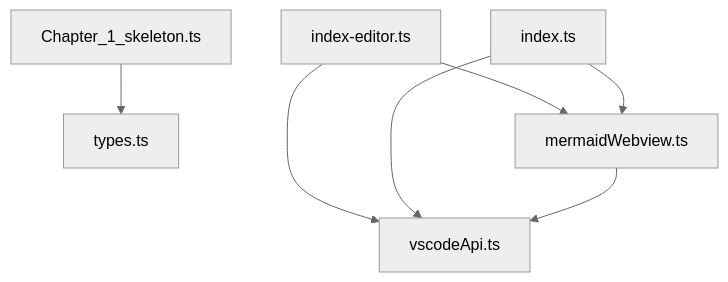
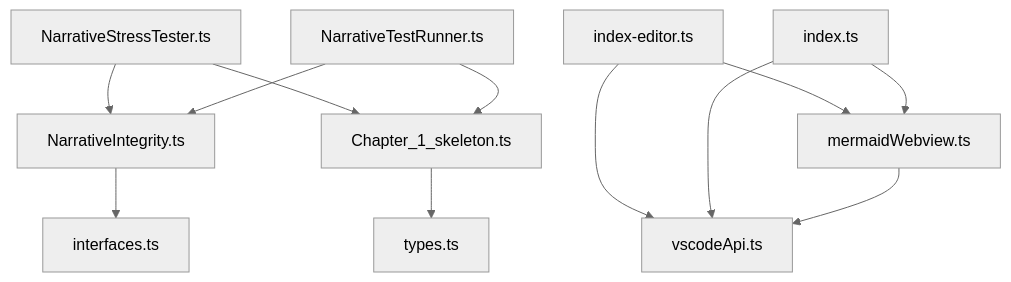
The diagram in SENTINEL.md (CardSorting/Marie-Psychic-Architecture), drawn with Mermaid (neutral theme) before and after one commit. The commit also changed other lines of this file and 16 other files, not shown here.

````diff
--- a/SENTINEL.md
+++ b/SENTINEL.md
@@ -15,10 +15,15 @@
 ```mermaid
 graph TD;
+  _vault_novel_src_domain_NarrativeIntegrity_ts[NarrativeIntegrity.ts] --> _vault_novel_src_plumbing_interfaces_ts[interfaces.ts];
+  _vault_novel_src_infrastructure_NarrativeStressTester_ts[NarrativeStressTester.ts] --> _vault_novel_src_domain_NarrativeIntegrity_ts[NarrativeIntegrity.ts];
+  _vault_novel_src_infrastructure_NarrativeStressTester_ts[NarrativeStressTester.ts] --> _vault_novel_src_plumbing_Chapter_1_skeleton_ts[Chapter_1_skeleton.ts];
+  _vault_novel_src_infrastructure_NarrativeTestRunner_ts[NarrativeTestRunner.ts] --> _vault_novel_src_domain_NarrativeIntegrity_ts[NarrativeIntegrity.ts];
+  _vault_novel_src_infrastructure_NarrativeTestRunner_ts[NarrativeTestRunner.ts] --> _vault_novel_src_plumbing_Chapter_1_skeleton_ts[Chapter_1_skeleton.ts];
   _vault_novel_src_plumbing_Chapter_1_skeleton_ts[Chapter_1_skeleton.ts] --> _vault_novel_src_plumbing_types_ts[types.ts];
   _vscode_test_vscode_darwin_arm64_1_109_3_Visual_Studio_Code_app_Contents_Resources_app_extensions_mermaid_chat_features_chat_webview_src_index_editor_ts[index-editor.ts] --> _vscode_test_vscode_darwin_arm64_1_109_3_Visual_Studio_Code_app_Contents_Resources_app_extensions_mermaid_chat_features_chat_webview_src_mermaidWebview_ts[mermaidWebview.ts];
   _vscode_test_vscode_darwin_arm64_1_109_3_Visual_Studio_Code_app_Contents_Resources_app_extensions_mermaid_chat_features_chat_webview_src_index_editor_ts[index-editor.ts] --> _vscode_test_vscode_darwin_arm64_1_109_3_Visual_Studio_Code_app_Contents_Resources_app_extensions_mermaid_chat_features_chat_webview_src_vscodeApi_ts[vscodeApi.ts];
   _vscode_test_vscode_darwin_arm64_1_109_3_Visual_Studio_Code_app_Contents_Resources_app_extensions_mermaid_chat_features_chat_webview_src_index_ts[index.ts] --> _vscode_test_vscode_darwin_arm64_1_109_3_Visual_Studio_Code_app_Contents_Resources_app_extensions_mermaid_chat_features_chat_webview_src_mermaidWebview_ts[mermaidWebview.ts];
   _vscode_test_vscode_darwin_arm64_1_109_3_Visual_Studio_Code_app_Contents_Resources_app_extensions_mermaid_chat_features_chat_webview_src_index_ts[index.ts] --> _vscode_test_vscode_darwin_arm64_1_109_3_Visual_Studio_Code_app_Contents_Resources_app_extensions_mermaid_chat_features_chat_webview_src_vscodeApi_ts[vscodeApi.ts];
   _vscode_test_vscode_darwin_arm64_1_109_3_Visual_Studio_Code_app_Contents_Resources_app_extensions_mermaid_chat_features_chat_webview_src_mermaidWebview_ts[mermaidWebview.ts] --> _vscode_test_vscode_darwin_arm64_1_109_3_Visual_Studio_Code_app_Contents_Resources_app_extensions_mermaid_chat_features_chat_webview_src_vscodeApi_ts[vscodeApi.ts];
 
 ```
````
